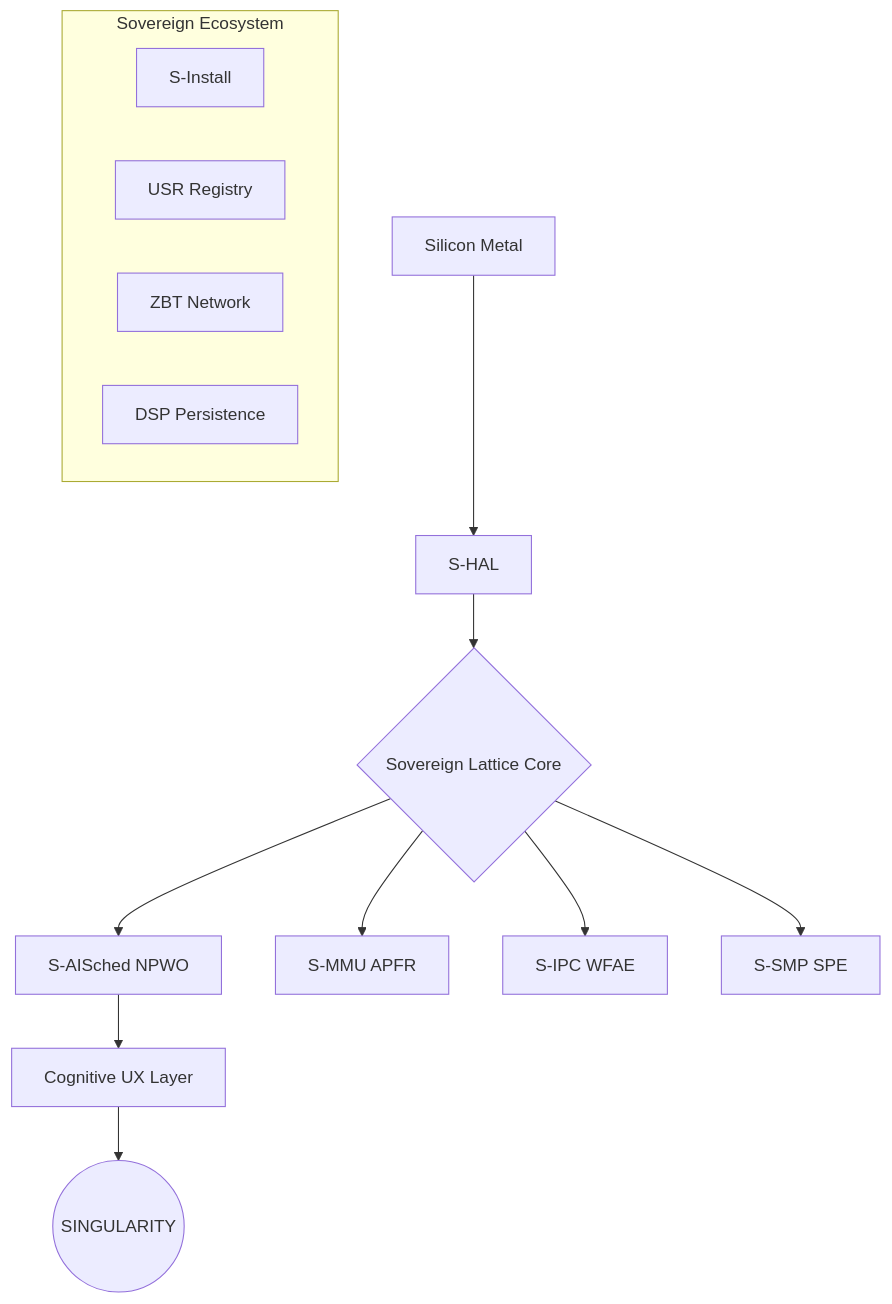
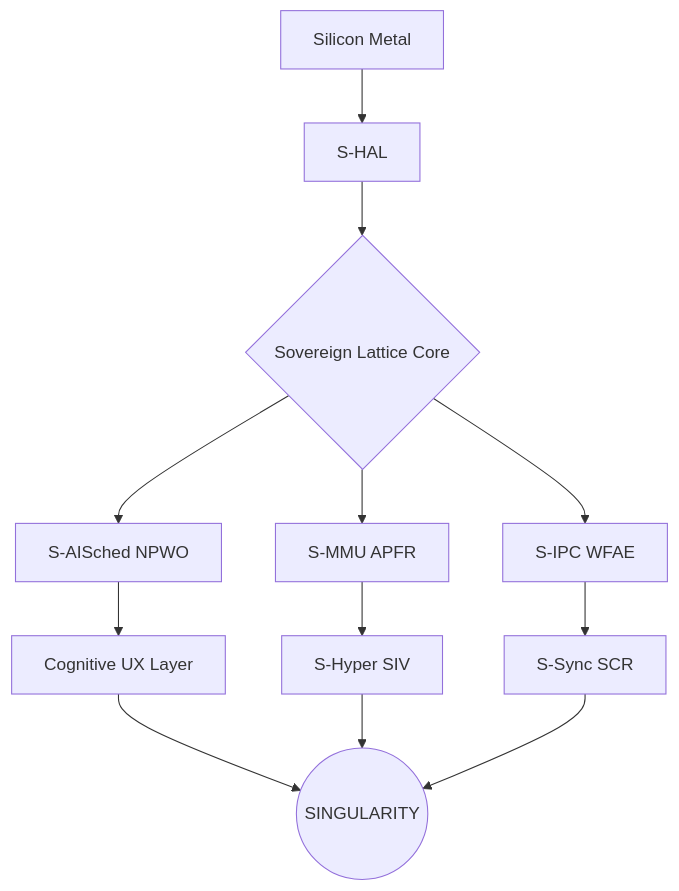
One commit to AaryanSinghChauhan09/SigmaOS changed the diagram in README.md. Above: the diagram before and after it, drawn with Mermaid. The commit also changed other lines of this file and 26 other files, not shown here.

````diff
--- a/README.md
+++ b/README.md
@@ -20,18 +36,14 @@
 ```mermaid
 graph TD
     A[Silicon Metal] --> B[S-HAL]
     B --> C{Sovereign Lattice Core}
     C --> D[S-AISched NPWO]
     C --> E[S-MMU APFR]
     C --> F[S-IPC WFAE]
-    C --> G[S-SMP SPE]
-    D --> H[Cognitive UX Layer]
-    H --> I((SINGULARITY))
-
-    subgraph "Sovereign Ecosystem"
-    J[S-Install]
-    K[USR Registry]
-    L[ZBT Network]
-    M[DSP Persistence]
-    end
+    D --> G[Cognitive UX Layer]
+    E --> H[S-Hyper SIV]
+    F --> I[S-Sync SCR]
+    G --> J((SINGULARITY))
+    H --> J
+    I --> J
 ```
````
